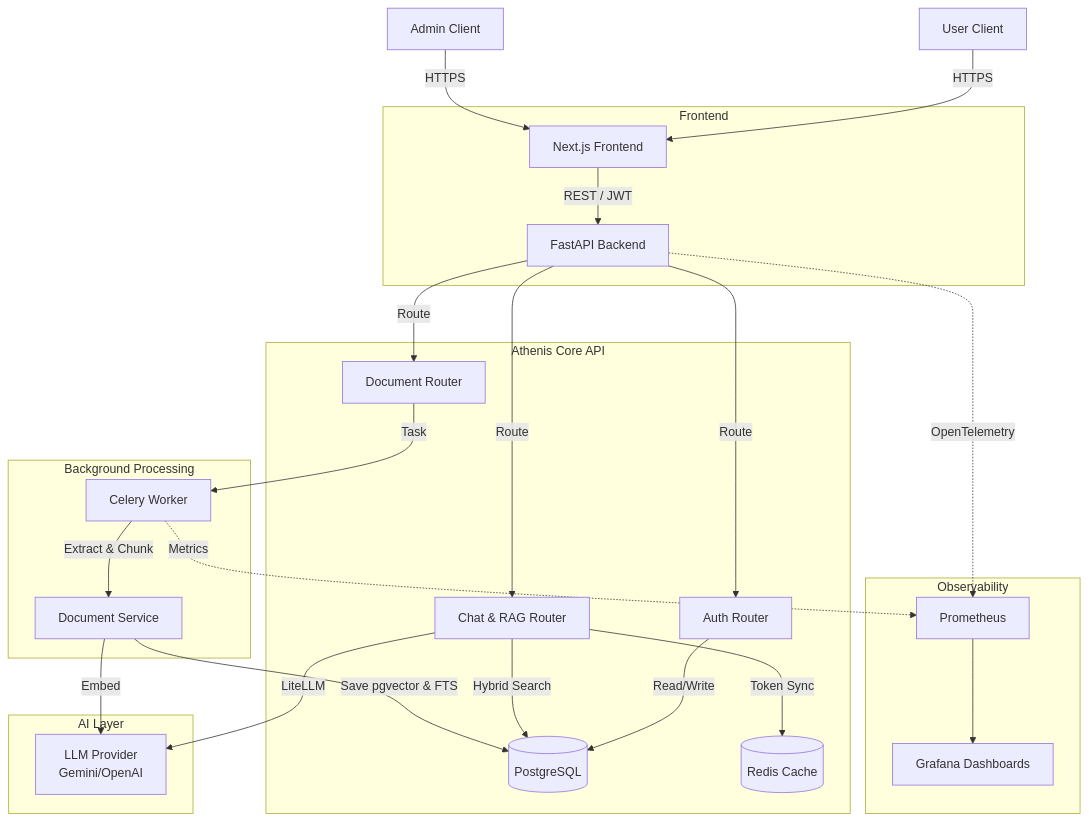
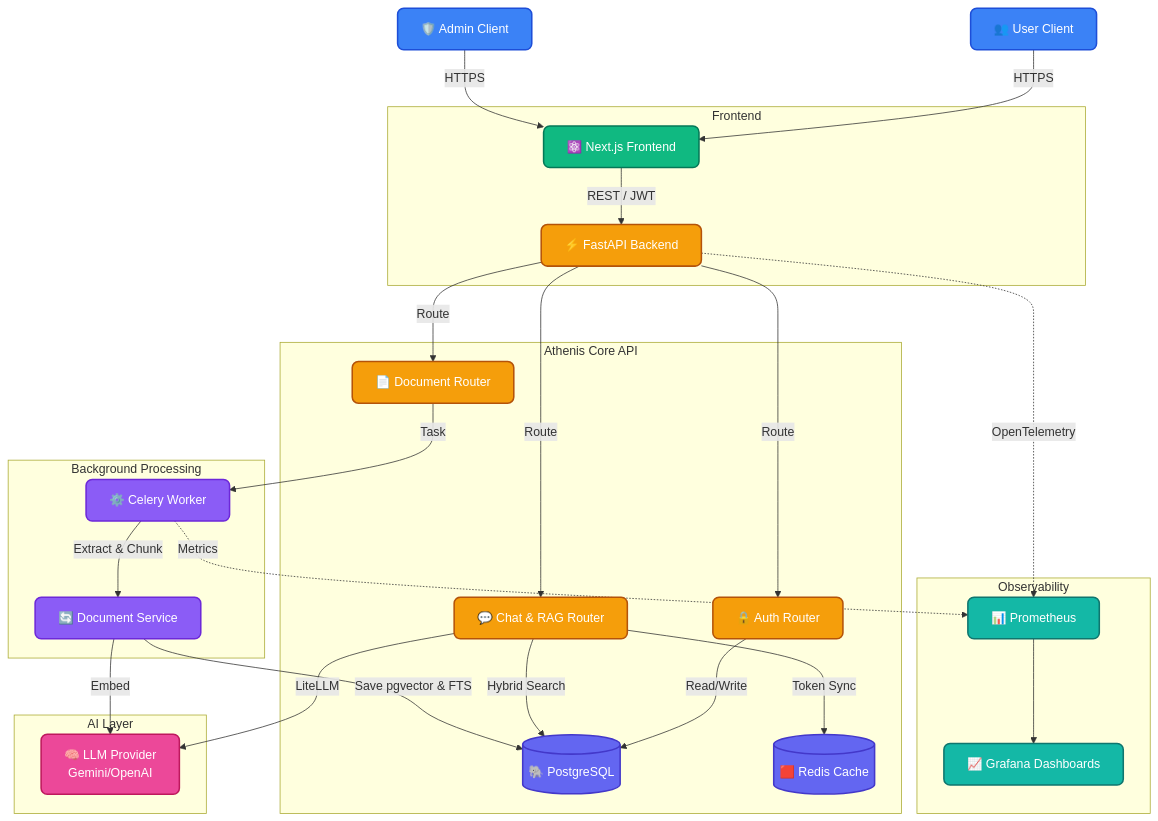
One commit to Ruthvek1/Athenis-ai changed the first of 5 diagrams in README.md. Above: the diagram before and after it, drawn with Mermaid. The commit also changed other lines of this file and 1 other file, not shown here.

Commit message:
docs: Enhance Mermaid diagrams with colors and explanatory notes

````diff
--- a/README.md
+++ b/README.md
@@ -63,42 +63,51 @@
 ```mermaid
 graph TD
+    %% Styling Classes
+    classDef client fill:#3b82f6,stroke:#1d4ed8,stroke-width:2px,color:#fff,rx:8px,ry:8px
+    classDef frontend fill:#10b981,stroke:#047857,stroke-width:2px,color:#fff,rx:8px,ry:8px
+    classDef backend fill:#f59e0b,stroke:#b45309,stroke-width:2px,color:#fff,rx:8px,ry:8px
+    classDef db fill:#6366f1,stroke:#4338ca,stroke-width:2px,color:#fff,rx:8px,ry:8px
+    classDef ai fill:#ec4899,stroke:#be185d,stroke-width:2px,color:#fff,rx:8px,ry:8px
+    classDef worker fill:#8b5cf6,stroke:#6d28d9,stroke-width:2px,color:#fff,rx:8px,ry:8px
+    classDef monitor fill:#14b8a6,stroke:#0f766e,stroke-width:2px,color:#fff,rx:8px,ry:8px
+
     %% Users
-    U[User Client] -->|HTTPS| N[Next.js Frontend]
-    A[Admin Client] -->|HTTPS| N
+    U[👥 User Client]:::client -->|HTTPS| N[⚛️ Next.js Frontend]:::frontend
+    A[🛡️ Admin Client]:::client -->|HTTPS| N
     
     %% Frontend
     subgraph Frontend
-        N -->|REST / JWT| API[FastAPI Backend]
+        N -->|REST / JWT| API[⚡ FastAPI Backend]:::backend
     end
 
     %% Backend Core
     subgraph Backend [Athenis Core API]
-        API -->|Route| Auth[Auth Router]
-        API -->|Route| Chat[Chat & RAG Router]
-        API -->|Route| Docs[Document Router]
+        API -->|Route| Auth[🔒 Auth Router]:::backend
+        API -->|Route| Chat[💬 Chat & RAG Router]:::backend
+        API -->|Route| Docs[📄 Document Router]:::backend
         
-        Auth -->|Read/Write| DB[(PostgreSQL)]
+        Auth -->|Read/Write| DB[(🐘 PostgreSQL)]:::db
         Chat -->|Hybrid Search| DB
-        Chat -->|Token Sync| Redis[(Redis Cache)]
+        Chat -->|Token Sync| Redis[(🟥 Redis Cache)]:::db
     end
 
     %% AI Integrations
     subgraph AI Layer
-        Chat -->|LiteLLM| LLM[LLM Provider<br/>Gemini/OpenAI]
+        Chat -->|LiteLLM| LLM[🧠 LLM Provider <br/> Gemini/OpenAI]:::ai
     end
 
     %% Async Workers
     subgraph Background Processing
-        Docs -->|Task| Celery[Celery Worker]
-        Celery -->|Extract & Chunk| DocProcessor[Document Service]
+        Docs -->|Task| Celery[⚙️ Celery Worker]:::worker
+        Celery -->|Extract & Chunk| DocProcessor[🔄 Document Service]:::worker
         DocProcessor -->|Embed| LLM
         DocProcessor -->|Save pgvector & FTS| DB
     end
 
     %% Observability
     subgraph Observability
-        API -.->|OpenTelemetry| Prom[Prometheus]
+        API -.->|OpenTelemetry| Prom[📊 Prometheus]:::monitor
         Celery -.->|Metrics| Prom
-        Prom --> Grafana[Grafana Dashboards]
+        Prom --> Grafana[📈 Grafana Dashboards]:::monitor
     end
 ```
````
